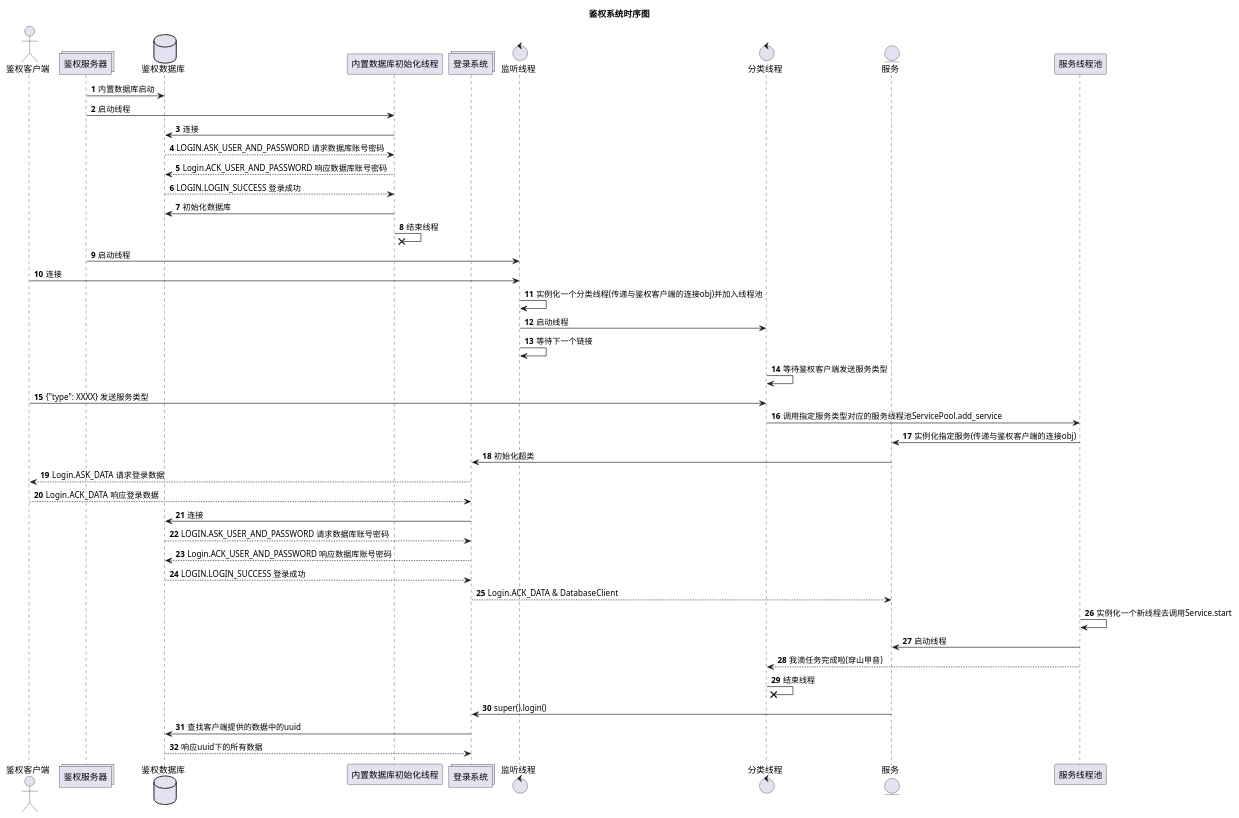
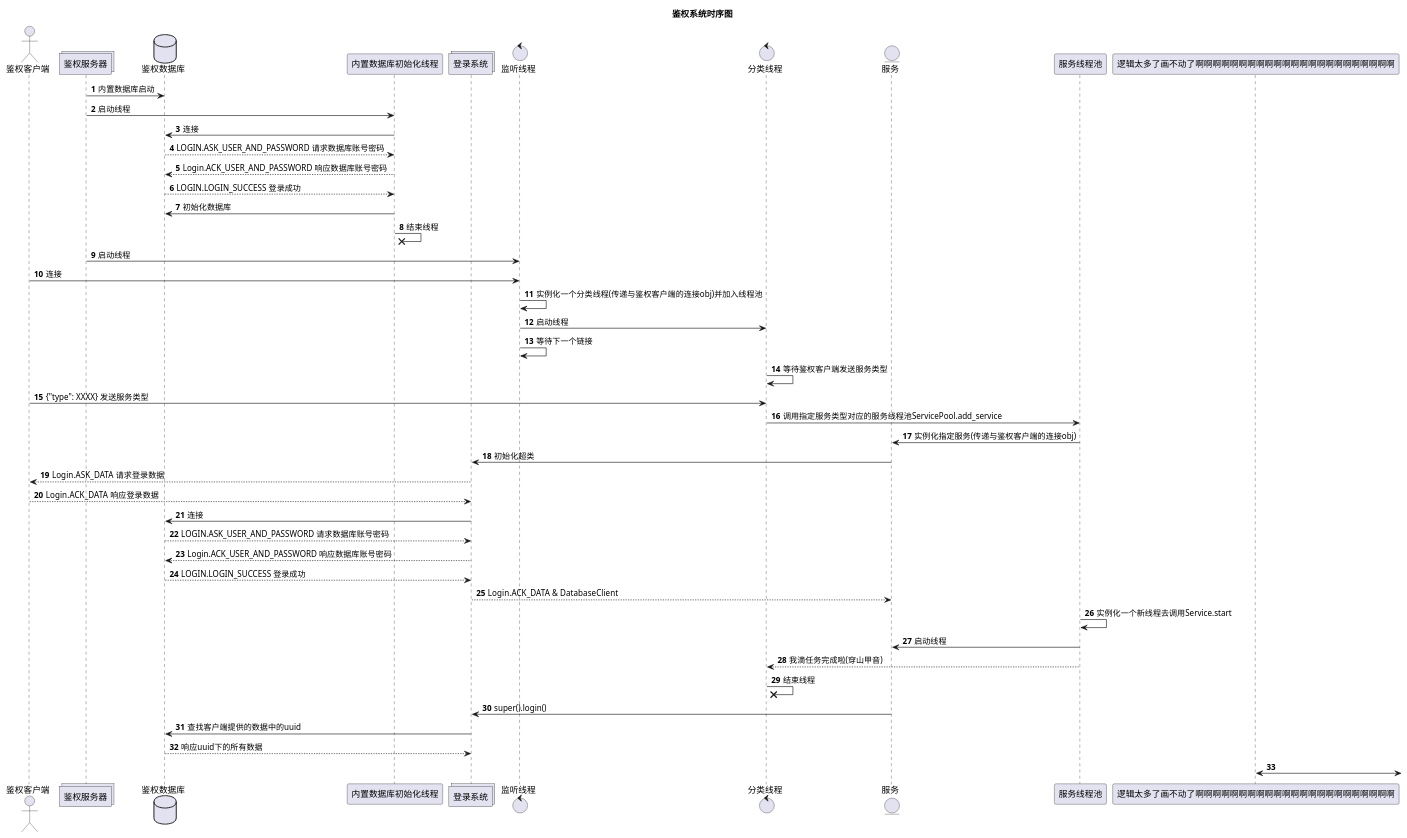
One commit to C418-11/MesssagePlus changed the diagram in 鉴权系统.puml. Above: the diagram before and after it, drawn with PlantUML. The commit also changed 16 other files, not shown here.

```diff
--- a/鉴权系统.puml
+++ b/鉴权系统.puml
@@ -1,53 +1,54 @@
 @startuml
 'https://plantuml.com/sequence-diagram
 
 autonumber
 title 鉴权系统时序图
 
 '鉴权服务器初始化
 actor 鉴权客户端
 collections 鉴权服务器
 database 鉴权数据库
 鉴权服务器 -> 鉴权数据库: 内置数据库启动
 鉴权服务器 -> 内置数据库初始化线程: 启动线程
 内置数据库初始化线程 -> 鉴权数据库: 连接
 鉴权数据库 --> 内置数据库初始化线程: LOGIN.ASK_USER_AND_PASSWORD 请求数据库账号密码
 内置数据库初始化线程 --> 鉴权数据库: Login.ACK_USER_AND_PASSWORD 响应数据库账号密码
 鉴权数据库 --> 内置数据库初始化线程: LOGIN.LOGIN_SUCCESS 登录成功
 内置数据库初始化线程 -> 鉴权数据库: 初始化数据库
 内置数据库初始化线程 -x 内置数据库初始化线程: 结束线程
 
 collections 登录系统
 control 监听线程
 control 分类线程
 鉴权服务器 -> 监听线程: 启动线程
 '鉴权服务器初始化结束
 
 鉴权客户端 -> 监听线程: 连接
 监听线程 -> 监听线程: 实例化一个分类线程(传递与鉴权客户端的连接obj)并加入线程池
 监听线程 -> 分类线程: 启动线程
 监听线程 -> 监听线程: 等待下一个链接
 分类线程 -> 分类线程: 等待鉴权客户端发送服务类型
 鉴权客户端 -> 分类线程: {"type": XXXX} 发送服务类型
 entity 服务
 分类线程 -> 服务线程池: 调用指定服务类型对应的服务线程池ServicePool.add_service
 服务线程池 -> 服务: 实例化指定服务(传递与鉴权客户端的连接obj)
 服务 -> 登录系统: 初始化超类
 登录系统 --> 鉴权客户端: Login.ASK_DATA 请求登录数据
 鉴权客户端 --> 登录系统: Login.ACK_DATA 响应登录数据
 登录系统 -> 鉴权数据库: 连接
 鉴权数据库 --> 登录系统: LOGIN.ASK_USER_AND_PASSWORD 请求数据库账号密码
 登录系统 --> 鉴权数据库: Login.ACK_USER_AND_PASSWORD 响应数据库账号密码
 鉴权数据库 --> 登录系统: LOGIN.LOGIN_SUCCESS 登录成功
 登录系统 --> 服务: Login.ACK_DATA & DatabaseClient
 服务线程池 -> 服务线程池: 实例化一个新线程去调用Service.start
 服务线程池 -> 服务: 启动线程
 服务线程池 --> 分类线程: 我滴任务完成啦(穿山甲音)
 分类线程 -x 分类线程: 结束线程
 服务 -> 登录系统: super().login()
 登录系统 -> 鉴权数据库: 查找客户端提供的数据中的uuid
 鉴权数据库 --> 登录系统: 响应uuid下的所有数据
 
-
+逻辑太多了画不动了啊啊啊啊啊啊啊啊啊啊啊啊啊啊啊啊啊啊啊啊啊啊啊 <->
+'自己被自己的代码绕晕.jpg
 
 @enduml
```
